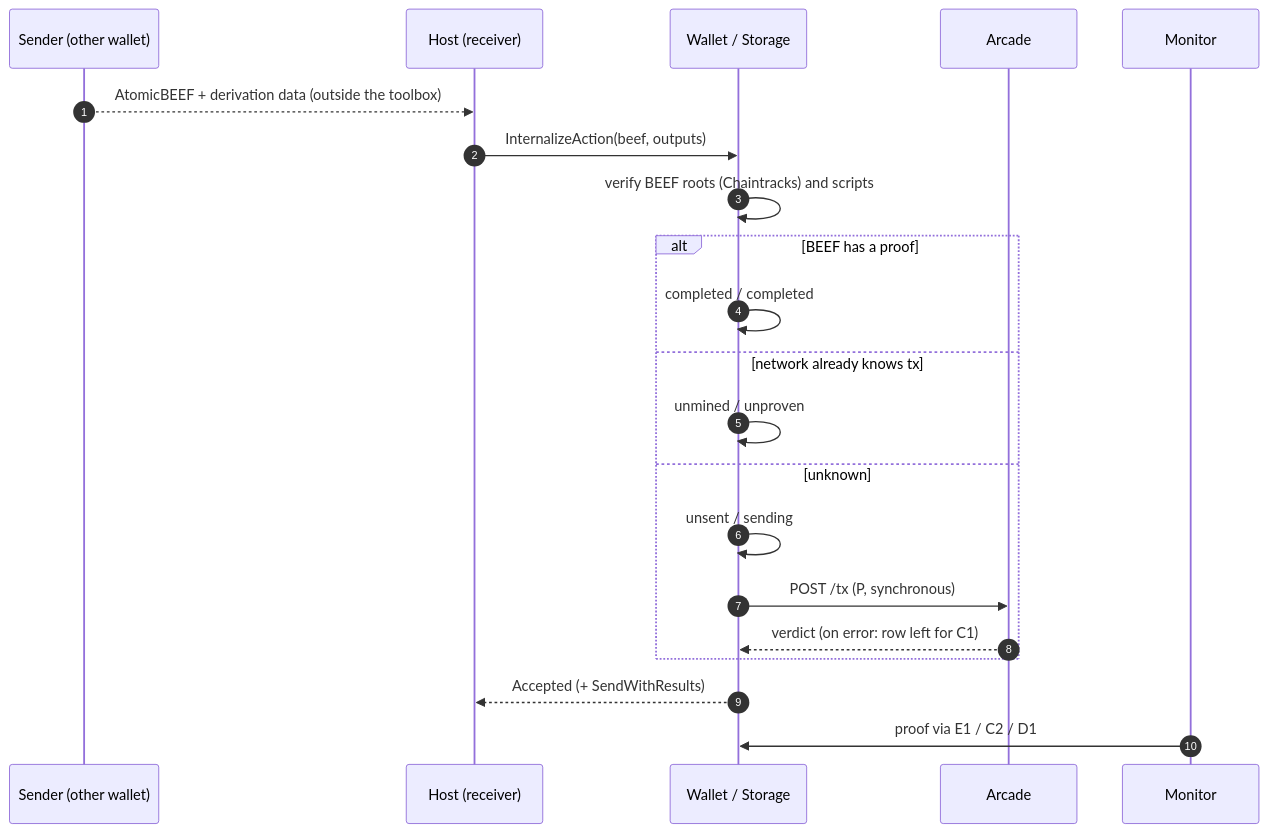
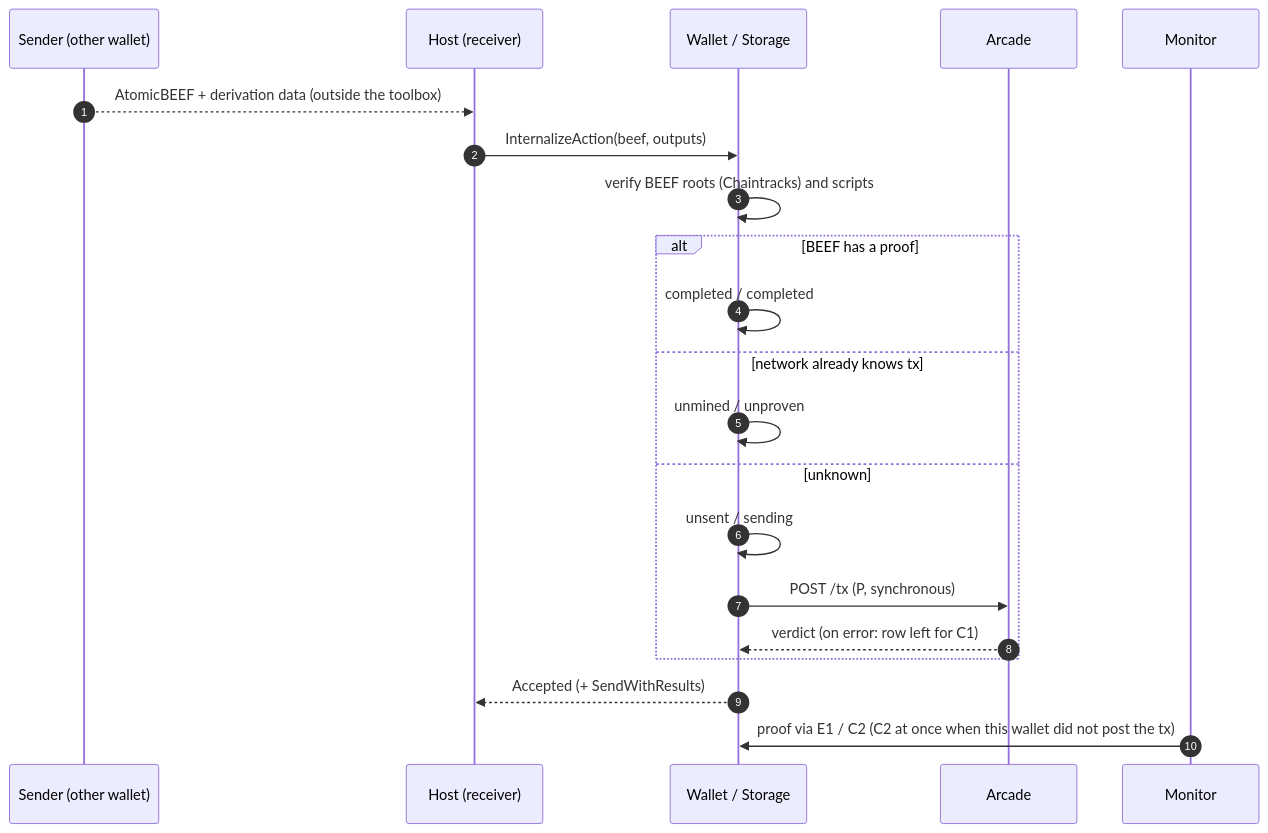
Before and after one commit to bsv-blockchain/go-wallet-toolbox: the third of 10 diagrams in docs/tx-lifecycle.md, drawn with Mermaid. The commit also changed other lines of this file and 17 other files, not shown here.

````diff
--- a/docs/tx-lifecycle.md
+++ b/docs/tx-lifecycle.md
@@ -188,23 +188,23 @@
 ```mermaid
 sequenceDiagram
     autonumber
     participant S as Sender (other wallet)
     participant H as Host (receiver)
     participant W as Wallet / Storage
     participant A as Arcade
     participant M as Monitor
     S-->>H: AtomicBEEF + derivation data (outside the toolbox)
     H->>W: InternalizeAction(beef, outputs)
     W->>W: verify BEEF roots (Chaintracks) and scripts
     alt BEEF has a proof
         W->>W: completed / completed
     else network already knows tx
         W->>W: unmined / unproven
     else unknown
         W->>W: unsent / sending
         W->>A: POST /tx (P, synchronous)
         A-->>W: verdict (on error: row left for C1)
     end
     W-->>H: Accepted (+ SendWithResults)
-    M->>W: proof via E1 / C2 / D1
+    M->>W: proof via E1 / C2 (C2 at once when this wallet did not post the tx)
 ```
````
